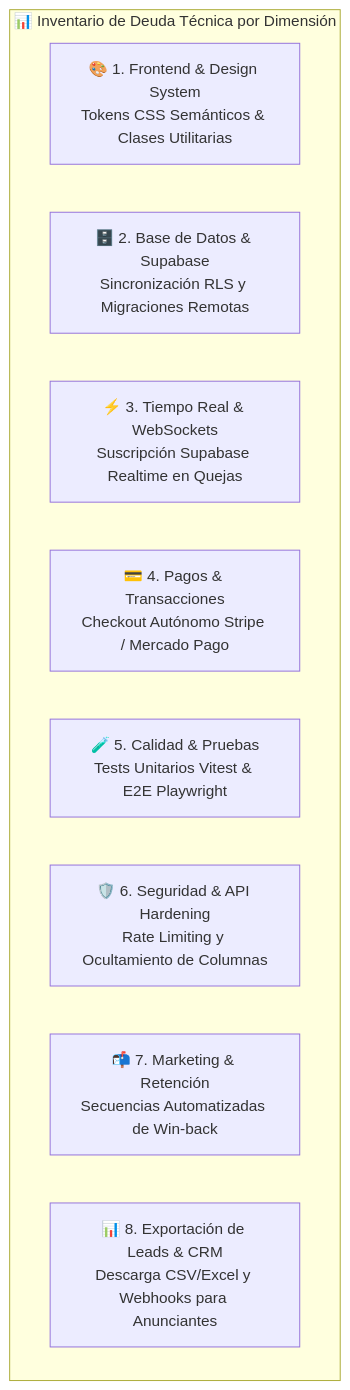
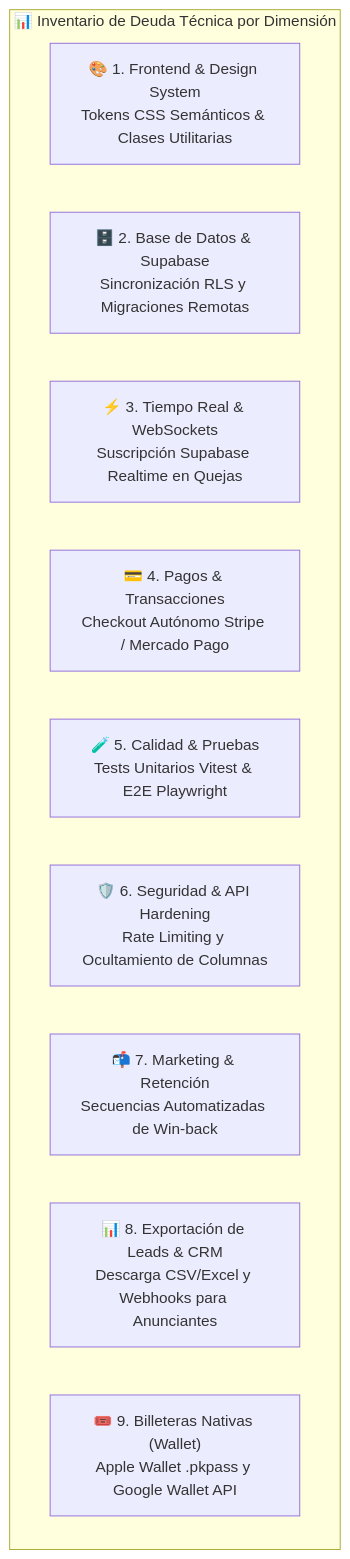
Before and after one commit to arteagaescorza-dev/google-reviews-nfc: the first of 2 diagrams in docs/DEUDA_TECNICA.md, drawn with Mermaid. The commit also changed other lines of this file and 1 other file, not shown here.

Commit message:
docs: formalize preapproved Phase 1 Web PWA / WhatsApp Pass and catalog DT-09 native Wallet integration

````diff
--- a/docs/DEUDA_TECNICA.md
+++ b/docs/DEUDA_TECNICA.md
@@ -11,13 +11,14 @@
 ```mermaid
 graph TD
     subgraph Deuda ["📊 Inventario de Deuda Técnica por Dimensión"]
         D1["🎨 1. Frontend & Design System<br/>Tokens CSS Semánticos & Clases Utilitarias"]
         D2["🗄️ 2. Base de Datos & Supabase<br/>Sincronización RLS y Migraciones Remotas"]
         D3["⚡ 3. Tiempo Real & WebSockets<br/>Suscripción Supabase Realtime en Quejas"]
         D4["💳 4. Pagos & Transacciones<br/>Checkout Autónomo Stripe / Mercado Pago"]
         D5["🧪 5. Calidad & Pruebas<br/>Tests Unitarios Vitest & E2E Playwright"]
         D6["🛡️ 6. Seguridad & API Hardening<br/>Rate Limiting y Ocultamiento de Columnas"]
         D7["📬 7. Marketing & Retención<br/>Secuencias Automatizadas de Win-back"]
         D8["📊 8. Exportación de Leads & CRM<br/>Descarga CSV/Excel y Webhooks para Anunciantes"]
+        D9["🎟️ 9. Billeteras Nativas (Wallet)<br/>Apple Wallet .pkpass y Google Wallet API"]
     end
 ```
````
